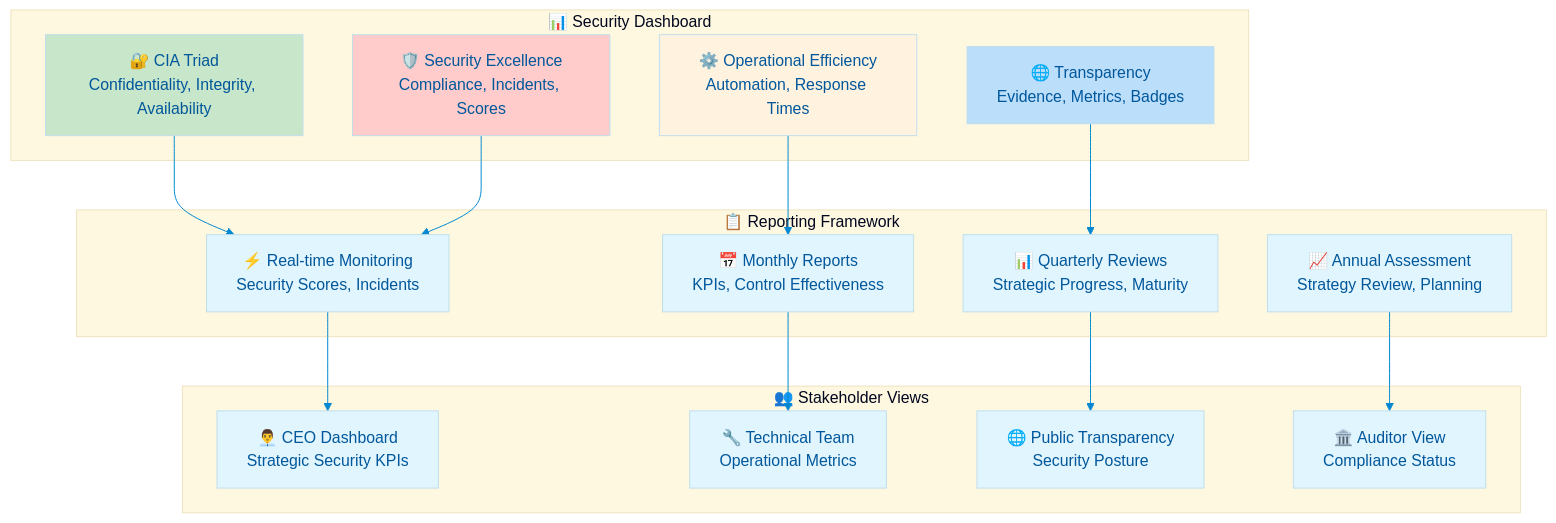
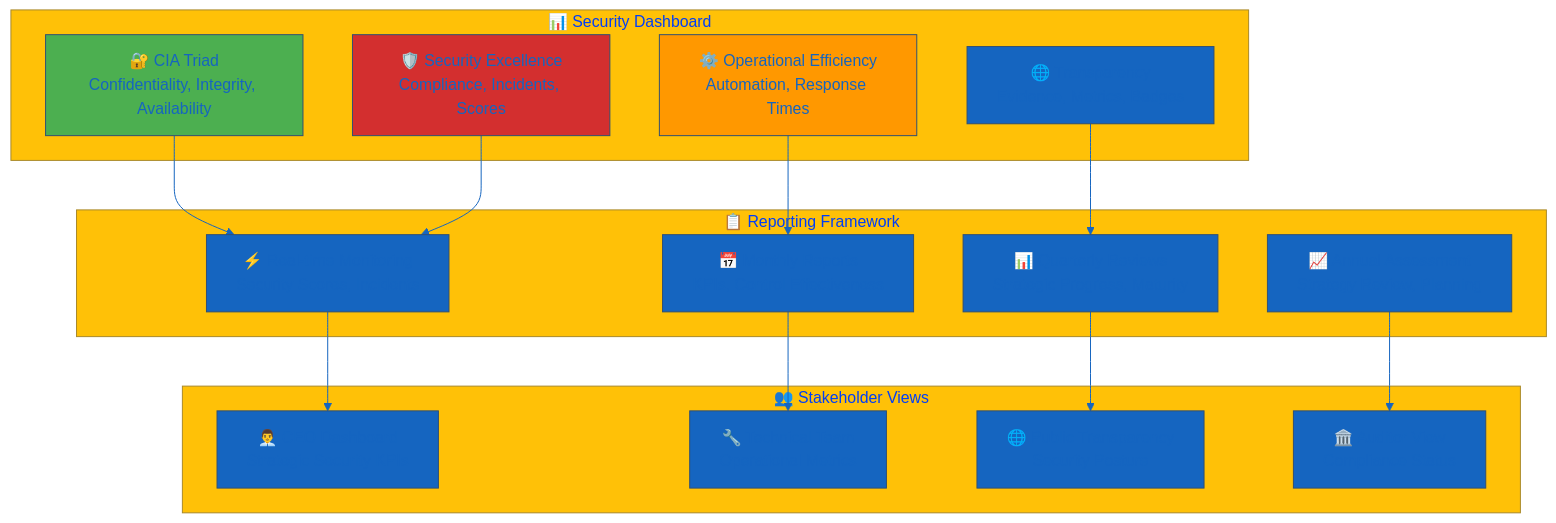
Before and after one commit to Hack23/ISMS-PUBLIC: the fourth of 4 diagrams in Information_Security_Strategy.md, drawn with Mermaid. The commit also changed other lines of this file, not shown here.

First line of the commit message:
Enhance Information Security Strategy with product comparison

````diff
--- a/Information_Security_Strategy.md
+++ b/Information_Security_Strategy.md
@@ -730,50 +809,50 @@
 ```mermaid
 %%{
   init: {
     'theme': 'base',
     'themeVariables': {
-      'primaryColor': '#e1f5fe',
-      'primaryTextColor': '#01579b',
-      'lineColor': '#0288d1',
-      'secondaryColor': '#f1f8e9',
-      'tertiaryColor': '#fff8e1'
+      'primaryColor': '#1565C0',
+      'primaryTextColor': '#1565C0',
+      'lineColor': '#1565C0',
+      'secondaryColor': '#4CAF50',
+      'tertiaryColor': '#FFC107'
     }
   }
 }%%
 flowchart TD
     subgraph STRATEGIC["📊 Security Dashboard"]
         CIA[🔐 CIA Triad<br/>Confidentiality, Integrity, Availability]
         SECURITY[🛡️ Security Excellence<br/>Compliance, Incidents, Scores]
         OPERATIONAL[⚙️ Operational Efficiency<br/>Automation, Response Times]
         TRANSPARENCY[🌐 Transparency<br/>Evidence, Metrics, Badges]
     end
     
     subgraph REPORTING["📋 Reporting Framework"]
         REAL_TIME[⚡ Real-time Monitoring<br/>Security Scores, Incidents]
         MONTHLY[📅 Monthly Reports<br/>KPIs, Control Effectiveness]
         QUARTERLY[📊 Quarterly Reviews<br/>Strategic Progress, Maturity]
         ANNUAL[📈 Annual Assessment<br/>Strategy Review, Planning]
     end
     
     subgraph STAKEHOLDERS["👥 Stakeholder Views"]
         CEO[👨‍💼 CEO Dashboard<br/>Strategic Security KPIs]
         TECHNICAL[🔧 Technical Team<br/>Operational Metrics]
         PUBLIC[🌐 Public Transparency<br/>Security Posture]
         AUDITOR[🏛️ Auditor View<br/>Compliance Status]
     end
     
     CIA --> REAL_TIME
     SECURITY --> REAL_TIME
     OPERATIONAL --> MONTHLY
     TRANSPARENCY --> QUARTERLY
     
     REAL_TIME --> CEO
     MONTHLY --> TECHNICAL
     QUARTERLY --> PUBLIC
     ANNUAL --> AUDITOR
     
-    style CIA fill:#c8e6c9
-    style SECURITY fill:#ffcccb
-    style OPERATIONAL fill:#fff3e0
-    style TRANSPARENCY fill:#bbdefb
+    style CIA fill:#4CAF50
+    style SECURITY fill:#D32F2F
+    style OPERATIONAL fill:#FF9800
+    style TRANSPARENCY fill:#1565C0
 ```
````
